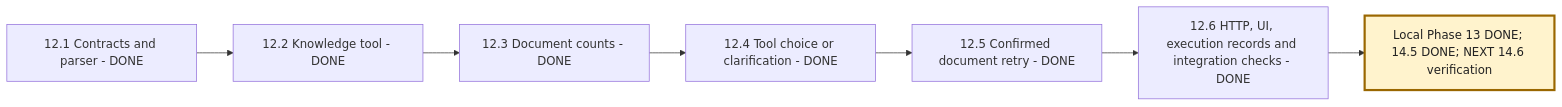
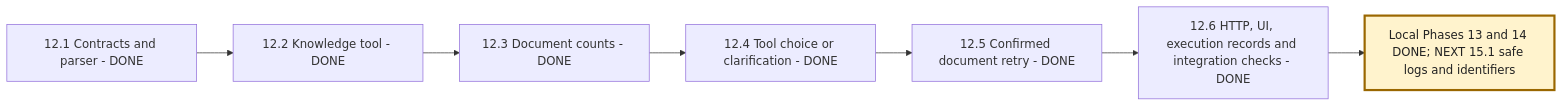
The fourth of 6 diagrams in NEXAAI_ROADMAP.md (msdian0007/nexaAi), drawn with Mermaid before and after one commit. The commit also changed other lines of this file and 7 other files, not shown here.

````diff
--- a/NEXAAI_ROADMAP.md
+++ b/NEXAAI_ROADMAP.md
@@ -318,10 +319,10 @@
 ```mermaid
 flowchart LR
     A[12.1 Contracts and parser - DONE] --> B[12.2 Knowledge tool - DONE]
     B --> C[12.3 Document counts - DONE]
     C --> D[12.4 Tool choice or clarification - DONE]
     D --> E[12.5 Confirmed document retry - DONE]
     E --> F[12.6 HTTP, UI, execution records and integration checks - DONE]
-    F --> G[Local Phase 13 DONE; 14.5 DONE; NEXT 14.6 verification]
+    F --> G[Local Phases 13 and 14 DONE; NEXT 15.1 safe logs and identifiers]
     style G fill:#fff3cd,stroke:#9a6700,stroke-width:3px,color:#222
 ```
````
